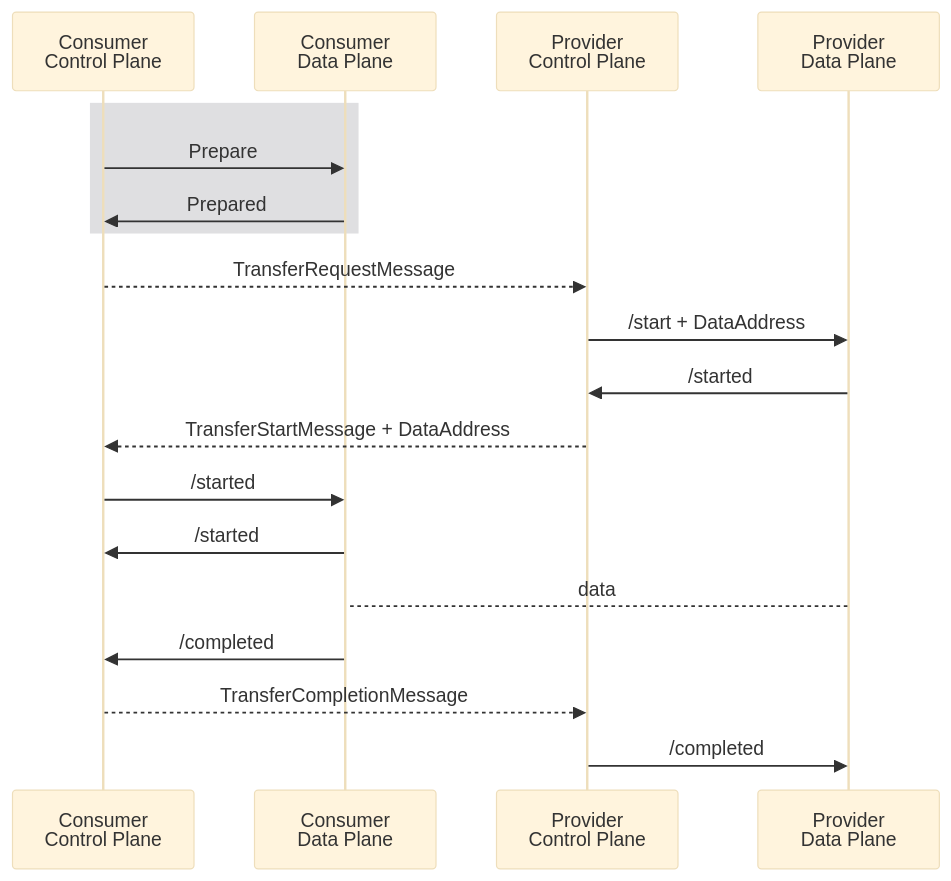
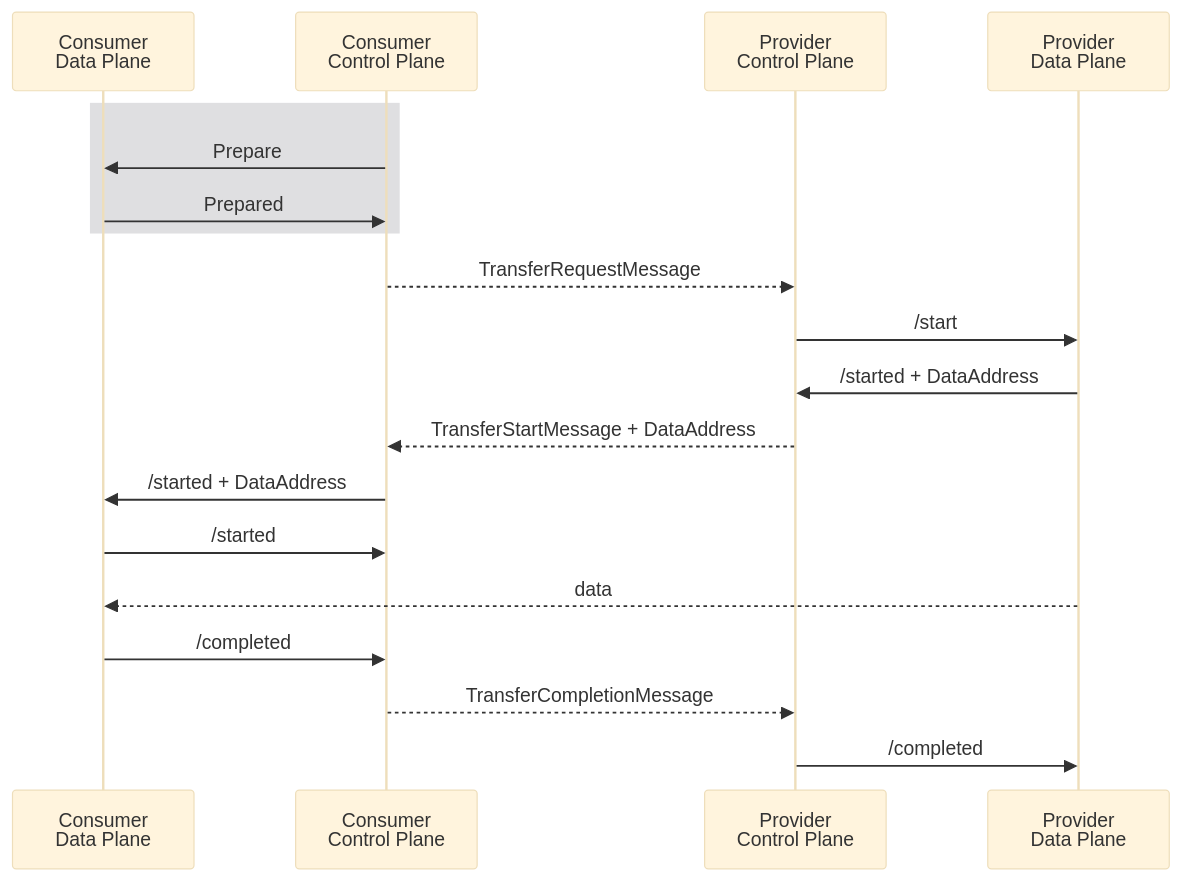
The fourth of 5 diagrams in docs/signaling.md (eclipse-dataplane-signaling/dataplane-signaling), drawn with Mermaid (base theme) before and after one commit. The commit also changed other lines of this file, not shown here.

Commit message:
fix: DataAddress in diagrams (#40)

````diff
--- a/docs/signaling.md
+++ b/docs/signaling.md
@@ -194,23 +194,23 @@
 ```mermaid
 sequenceDiagram
+    participant cdp as Consumer<br/>Data Plane
     participant ccp as Consumer<br/>Control Plane
-    participant cdp as Consumer<br/>Data Plane
     participant pcp as Provider<br/>Control Plane
     participant pdp as Provider<br/>Data Plane
 
     rect rgb(223, 223, 225)
         ccp ->> cdp: Prepare
         cdp ->> ccp: Prepared
     end
 
     ccp -->> pcp: TransferRequestMessage
-    pcp ->> pdp: /start + DataAddress
-    pdp ->> pcp: /started
+    pcp ->> pdp: /start
+    pdp ->> pcp: /started + DataAddress
     pcp -->> ccp: TransferStartMessage + DataAddress
-    ccp ->> cdp: /started
+    ccp ->> cdp: /started + DataAddress
     cdp ->> ccp: /started
-    pdp --> cdp: data
+    pdp -->> cdp: data
     cdp ->> ccp: /completed
     ccp -->> pcp: TransferCompletionMessage
     pcp ->> pdp: /completed
 ```
````
